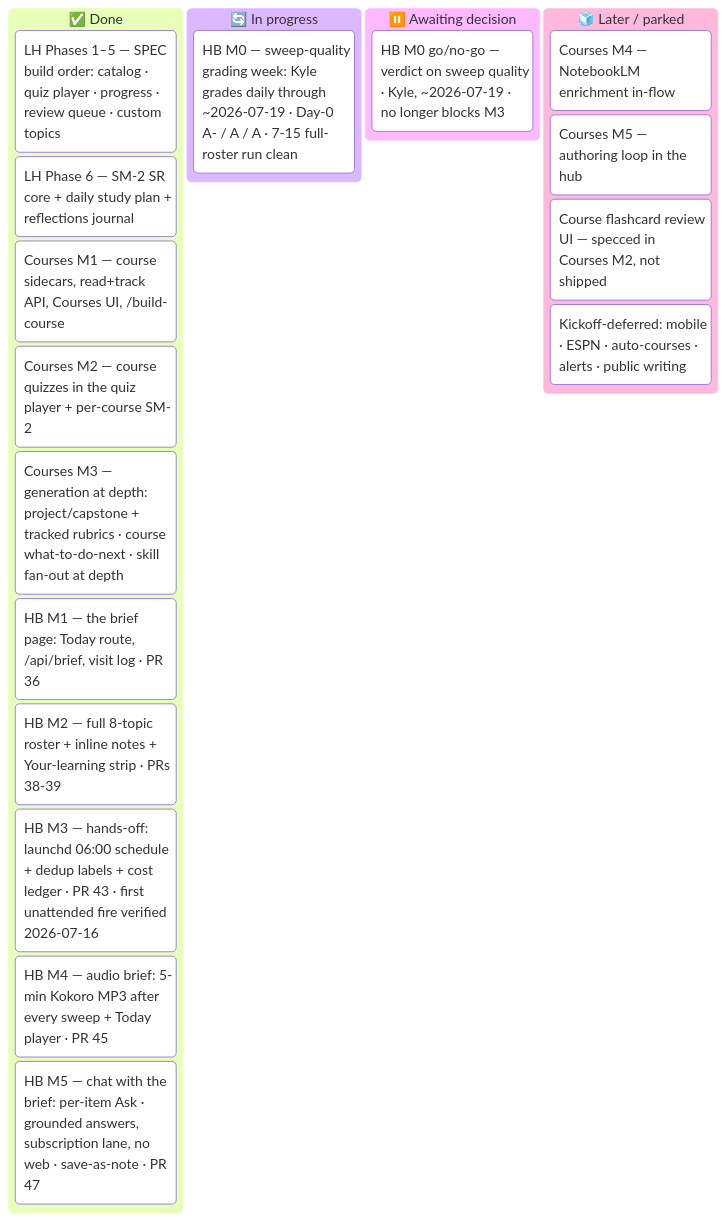
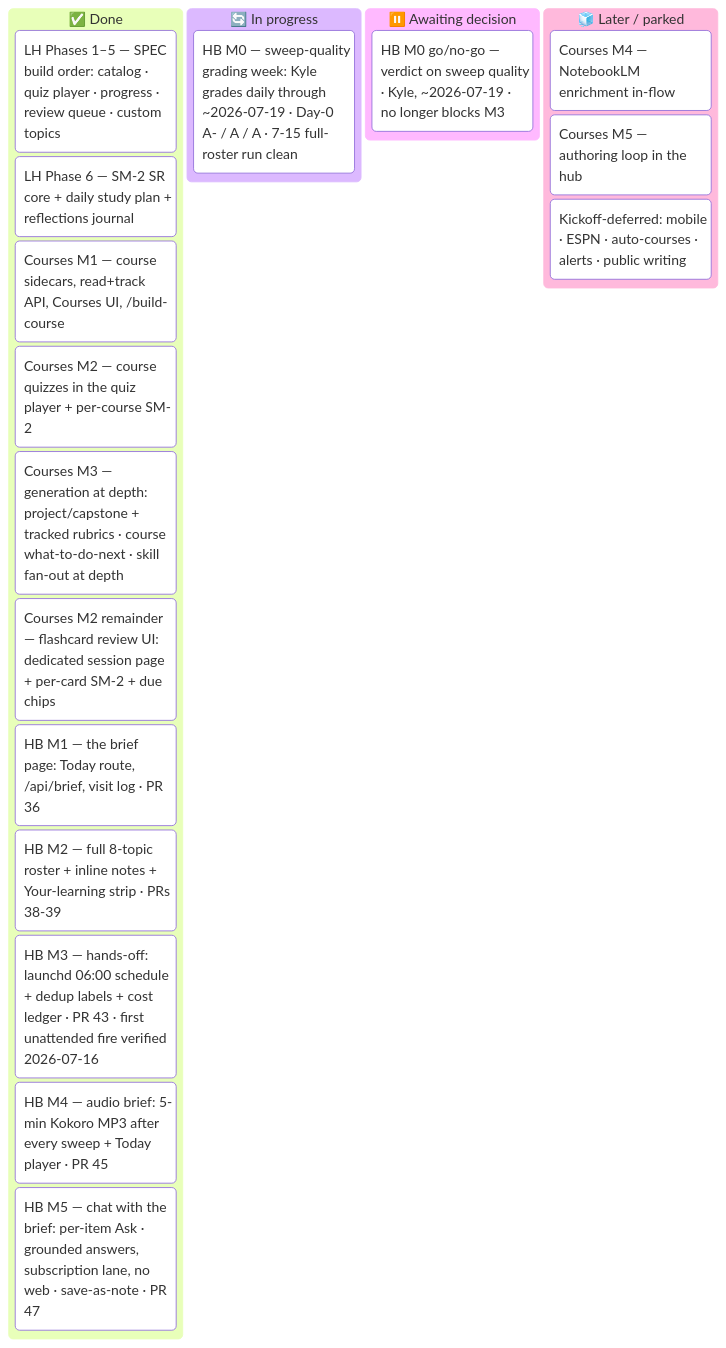
The diagram in docs/MASTER_PLAN.md (ksdisch/home-base), drawn with Mermaid before and after one commit. The commit also changed other lines of this file and 18 other files, not shown here.

````diff
--- a/docs/MASTER_PLAN.md
+++ b/docs/MASTER_PLAN.md
@@ -39,23 +39,23 @@
 ```mermaid
 kanban
   done["✅ Done"]
     lh15["LH Phases 1–5 — SPEC build order: catalog · quiz player · progress · review queue · custom topics"]
     lh6["LH Phase 6 — SM-2 SR core + daily study plan + reflections journal"]
     lh7["Courses M1 — course sidecars, read+track API, Courses UI, /build-course"]
     lh7m2["Courses M2 — course quizzes in the quiz player + per-course SM-2"]
     lh7m3["Courses M3 — generation at depth: project/capstone + tracked rubrics · course what-to-do-next · skill fan-out at depth"]
+    lh7fc["Courses M2 remainder — flashcard review UI: dedicated session page + per-card SM-2 + due chips"]
     hbm1["HB M1 — the brief page: Today route, /api/brief, visit log · PR 36"]
     hbm2["HB M2 — full 8-topic roster + inline notes + Your-learning strip · PRs 38-39"]
     hbm3["HB M3 — hands-off: launchd 06:00 schedule + dedup labels + cost ledger · PR 43 · first unattended fire verified 2026-07-16"]
     hbm4["HB M4 — audio brief: 5-min Kokoro MP3 after every sweep + Today player · PR 45"]
     hbm5["HB M5 — chat with the brief: per-item Ask · grounded answers, subscription lane, no web · save-as-note · PR 47"]
   doing["🔄 In progress"]
     hbm0["HB M0 — sweep-quality grading week: Kyle grades daily through ~2026-07-19 · Day-0 A- / A / A · 7-15 full-roster run clean"]
   decide["⏸️ Awaiting decision"]
     hbm0verdict["HB M0 go/no-go — verdict on sweep quality · Kyle, ~2026-07-19 · no longer blocks M3"]
   later["🧊 Later / parked"]
     cm4["Courses M4 — NotebookLM enrichment in-flow"]
     cm5["Courses M5 — authoring loop in the hub"]
-    fcui["Course flashcard review UI — specced in Courses M2, not shipped"]
     defer["Kickoff-deferred: mobile · ESPN · auto-courses · alerts · public writing"]
 ```
````
